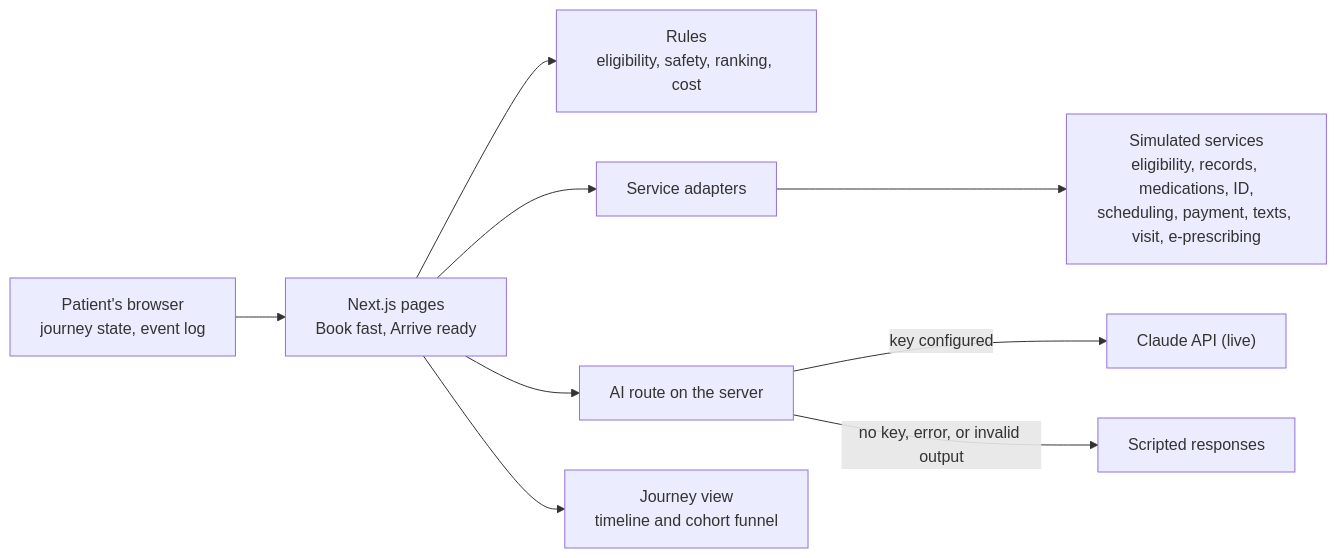
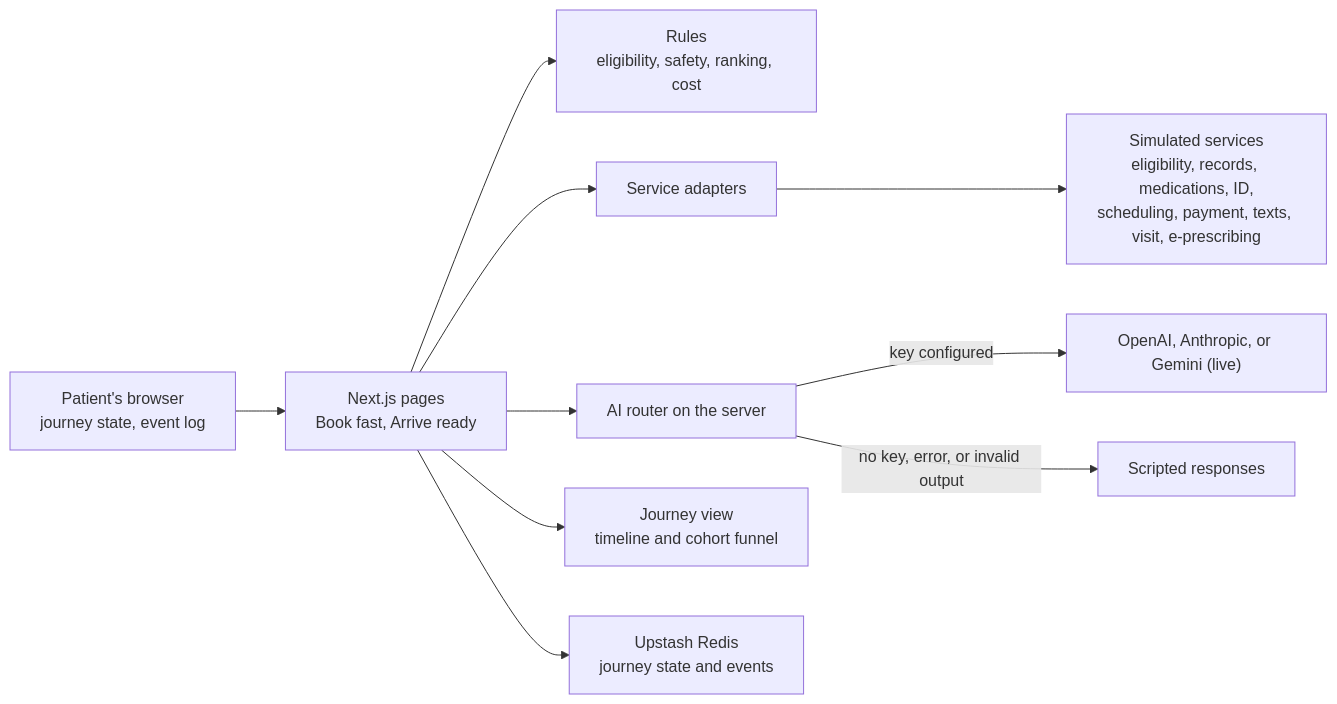
Before and after one commit to emeka-flourish/legion-onboarding: the diagram in docs/ARCHITECTURE.md, drawn with Mermaid. The commit also changed other lines of this file and 4 other files, not shown here.

````diff
--- a/docs/ARCHITECTURE.md
+++ b/docs/ARCHITECTURE.md
@@ -17,11 +20,12 @@
 ```mermaid
 flowchart LR
   B["Patient's browser<br/>journey state, event log"] --> UI["Next.js pages<br/>Book fast, Arrive ready"]
   UI --> R["Rules<br/>eligibility, safety, ranking, cost"]
   UI --> AD["Service adapters"]
   AD --> SIM["Simulated services<br/>eligibility, records, medications, ID,<br/>scheduling, payment, texts, visit, e-prescribing"]
-  UI --> AI["AI route on the server"]
-  AI -->|"key configured"| C["Claude API (live)"]
+  UI --> AI["AI router on the server"]
+  AI -->|"key configured"| C["OpenAI, Anthropic, or Gemini (live)"]
   AI -->|"no key, error, or invalid output"| S["Scripted responses"]
   UI --> J["Journey view<br/>timeline and cohort funnel"]
+  UI --> DB["Upstash Redis<br/>journey state and events"]
 ```
````
